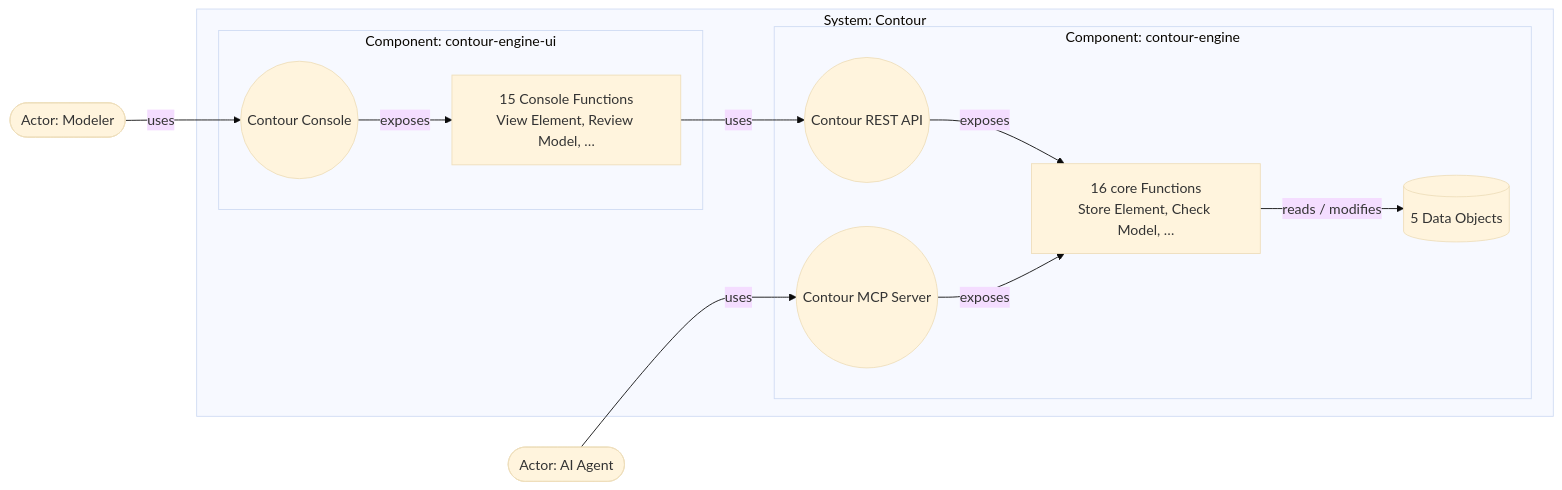
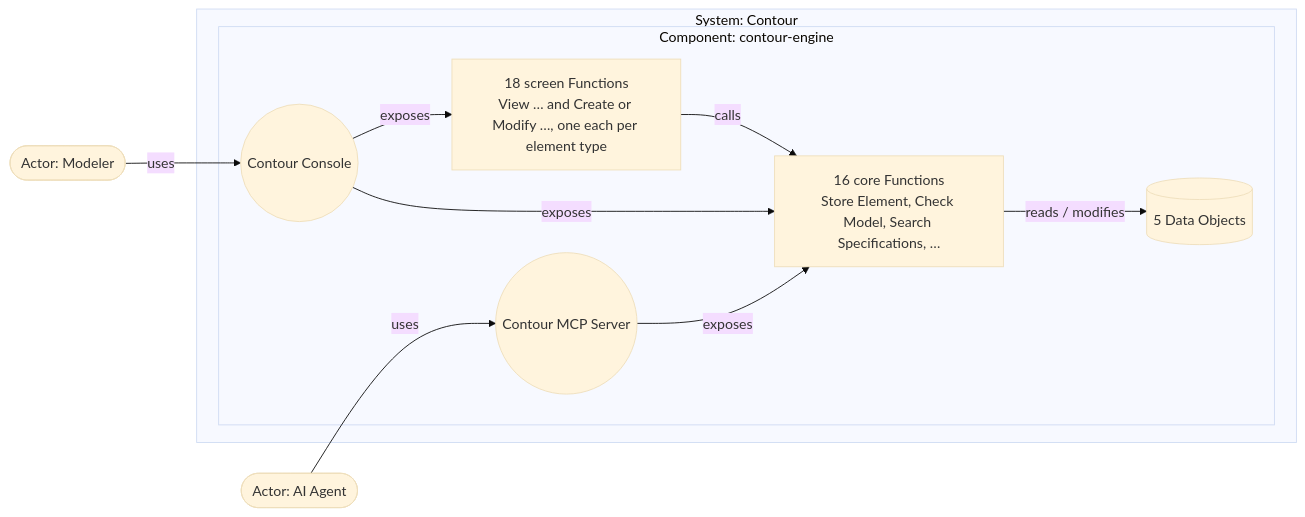
One commit to mykhailo-kulish/contour changed the second of 2 diagrams in example/contour-example.md. Above: the diagram before and after it, drawn with Mermaid (base theme). The commit also changed other lines of this file and 1 other file, not shown here.

First line of the commit message:
Companion Section 3 and notes: describe the one-Component engine

````diff
--- a/example/contour-example.md
+++ b/example/contour-example.md
@@ -269,24 +272,21 @@
 ```mermaid
 graph LR
     Modeler([Actor: Modeler])
     Agent([Actor: AI Agent])
     subgraph Contour [System: Contour]
-        subgraph UI [Component: contour-engine-ui]
+        subgraph Engine [Component: contour-engine]
             Console(("Contour Console"))
-            UIFns["15 Console Functions<br/>View Element, Review Model, …"]
-        end
-        subgraph Engine [Component: contour-engine]
-            REST(("Contour REST API"))
             MCP(("Contour MCP Server"))
-            Fns["16 core Functions<br/>Store Element, Check Model, …"]
+            Core["16 core Functions<br/>Store Element, Check Model, Search Specifications, …"]
+            Screens["18 screen Functions<br/>View … and Create or Modify …, one each per element type"]
             Data[(5 Data Objects)]
         end
     end
     Modeler -->|uses| Console
     Agent -->|uses| MCP
-    Console -->|exposes| UIFns
-    UIFns -->|uses| REST
-    REST -->|exposes| Fns
-    MCP -->|exposes| Fns
-    Fns -->|reads / modifies| Data
+    Console -->|exposes| Screens
+    Console -->|exposes| Core
+    MCP -->|exposes| Core
+    Screens -->|calls| Core
+    Core -->|reads / modifies| Data
 ```
````
